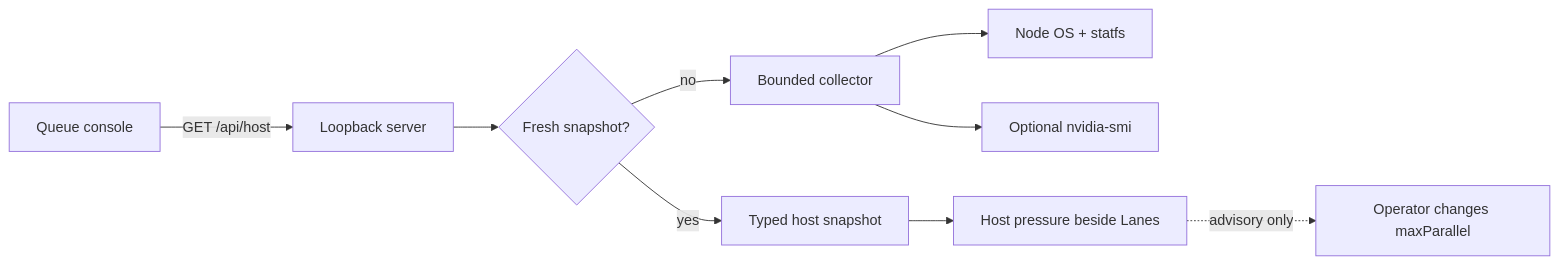
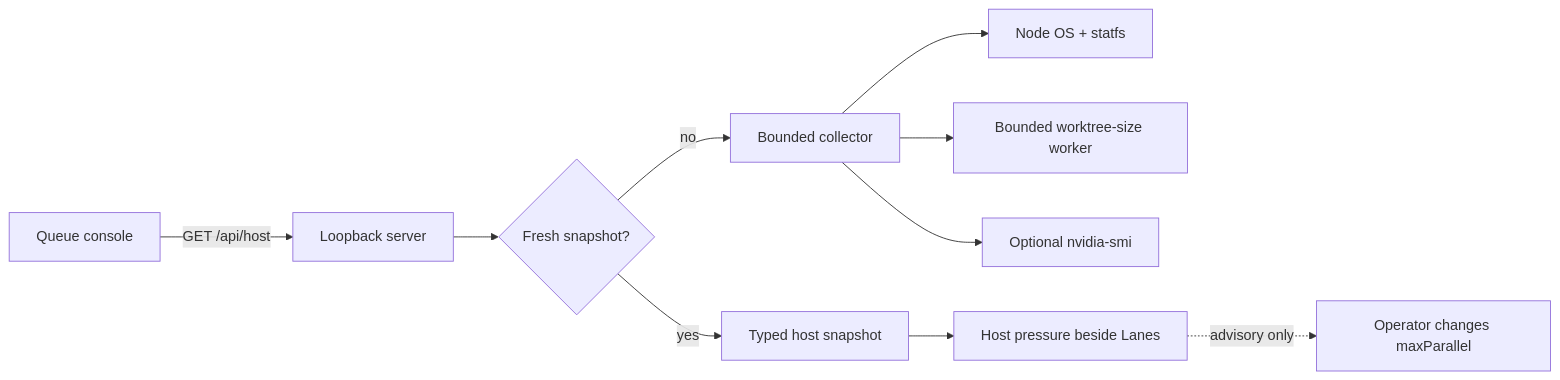
One commit to victusfate/scaffold changed the diagram in docs/queue-host-telemetry/design.md. Above: the diagram before and after it, drawn with Mermaid. The commit also changed other lines of this file and 8 other files, not shown here.

````diff
--- a/docs/queue-host-telemetry/design.md
+++ b/docs/queue-host-telemetry/design.md
@@ -51,11 +58,12 @@
 ```mermaid
 flowchart LR
   Browser[Queue console] -->|GET /api/host| Server[Loopback server]
   Server --> Cache{Fresh snapshot?}
   Cache -->|yes| Snapshot[Typed host snapshot]
   Cache -->|no| Collector[Bounded collector]
   Collector --> Node[Node OS + statfs]
+  Collector --> Worker[Bounded worktree-size worker]
   Collector --> Nvidia[Optional nvidia-smi]
   Snapshot --> Panel[Host pressure beside Lanes]
   Panel -. advisory only .-> Operator[Operator changes maxParallel]
 ```
````
